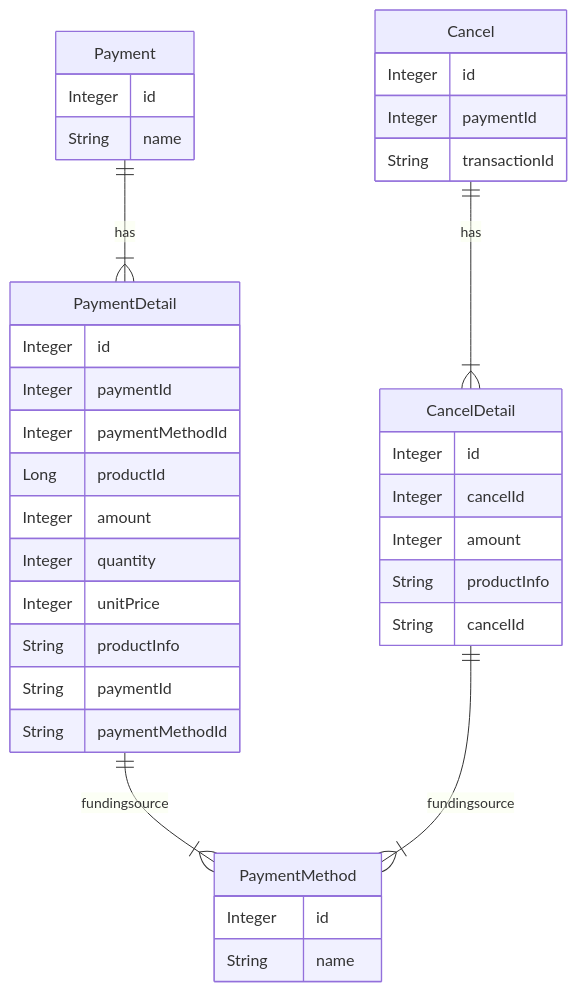
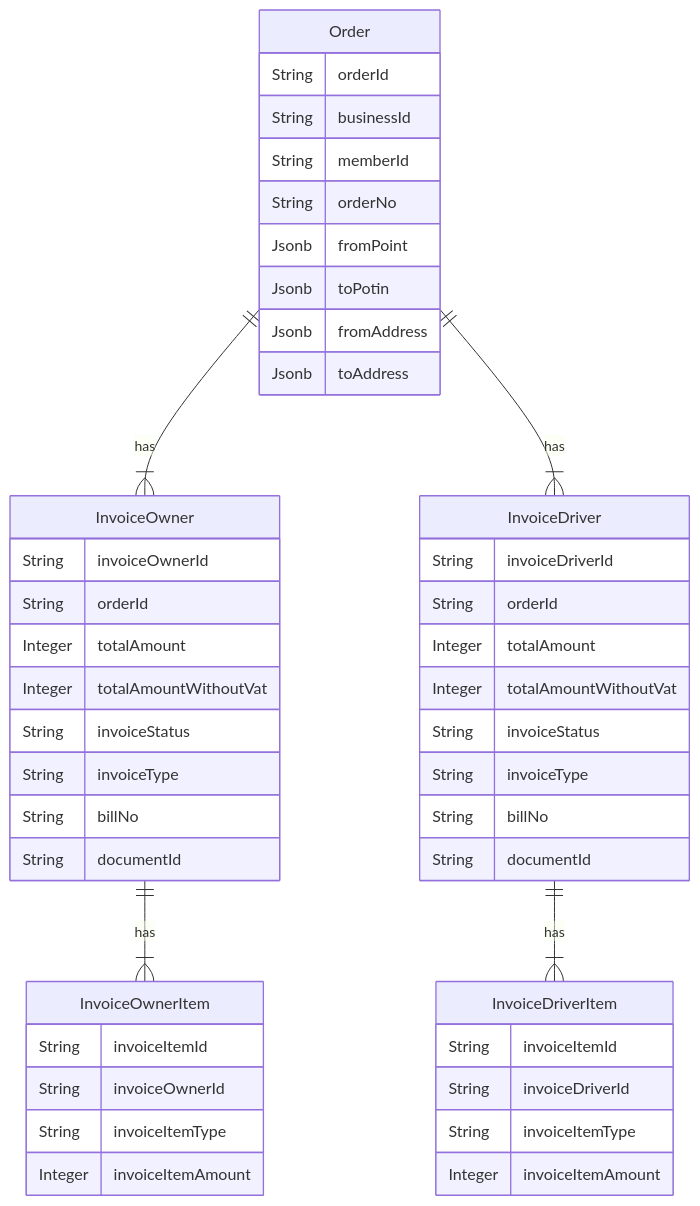
Before and after one commit to kimho314/career-wbs: the third of 5 diagrams in WBS-kimho314.md, drawn with Mermaid. The commit also changed other lines of this file, not shown here.

Commit message:
add asis erd

````diff
--- a/WBS-kimho314.md
+++ b/WBS-kimho314.md
@@ -118,51 +118,54 @@
 ```mermaid
 erDiagram
-  Payment {
-    Integer id
-    String name
+  Order {
+    String orderId
+    String businessId
+    String memberId
+    String orderNo
+    Jsonb fromPoint
+    Jsonb toPotin
+    Jsonb fromAddress
+    Jsonb toAddress
   }
-  Payment ||--|{ PaymentDetail : has
+  Order ||--|{ InvoiceOwner : has
 
-  PaymentMethod {
-    Integer id
-    String name
+  InvoiceOwner {
+    String invoiceOwnerId
+    String orderId
+    Integer totalAmount
+    Integer totalAmountWithoutVat
+    String invoiceStatus
+    String invoiceType
+    String billNo
+    String documentId
   }
 
-  PaymentDetail {
-    Integer id
-    Integer paymentId
-    Integer paymentMethodId
-    Long productId
-    Integer amount
-    Integer quantity
-    Integer unitPrice
-    String productInfo
+  InvoiceOwnerItem  {
+    String invoiceItemId
+    String invoiceOwnerId
+    String invoiceItemType
+    Integer invoiceItemAmount
   }
-  PaymentDetail ||--|{ PaymentMethod : fundingsource
+  InvoiceOwner ||--|{ InvoiceOwnerItem : has
 
-  Cancel {
-    Integer id
-    Integer paymentId
-    String transactionId
+  InvoiceDriver  {
+    String invoiceDriverId
+    String orderId
+    Integer totalAmount
+    Integer totalAmountWithoutVat
+    String invoiceStatus
+    String invoiceType
+    String billNo
+    String documentId
   }
-  Cancel ||--|{ CancelDetail : has
-  CancelDetail ||--|{ PaymentMethod : fundingsource
+  Order ||--|{ InvoiceDriver : has
 
-  CancelDetail {
-    Integer id
-    Integer cancelId
-    Integer amount
-    String productInfo
+  InvoiceDriverItem  {
+    String invoiceItemId
+    String invoiceDriverId
+    String invoiceItemType
+    Integer invoiceItemAmount
   }
-
-  PaymentDetail {
-    String paymentId
-    String paymentMethodId
-  }
-
-  CancelDetail {
-    String cancelId
-  }
-
+  InvoiceDriver ||--|{ InvoiceDriverItem : has
 
 ```
````
